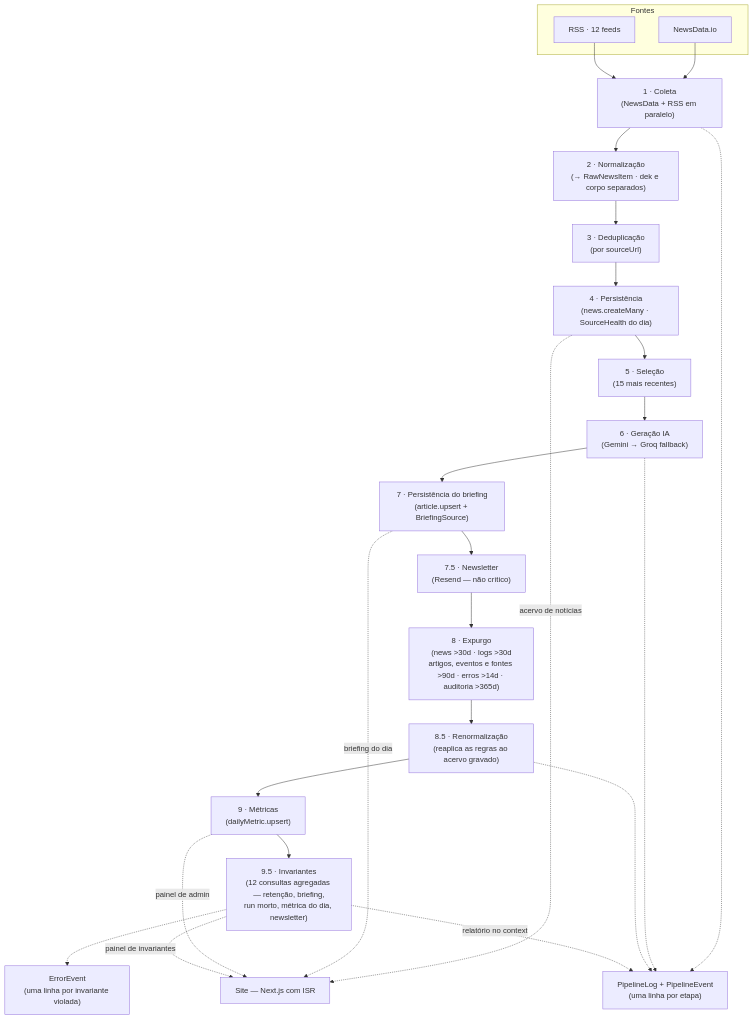
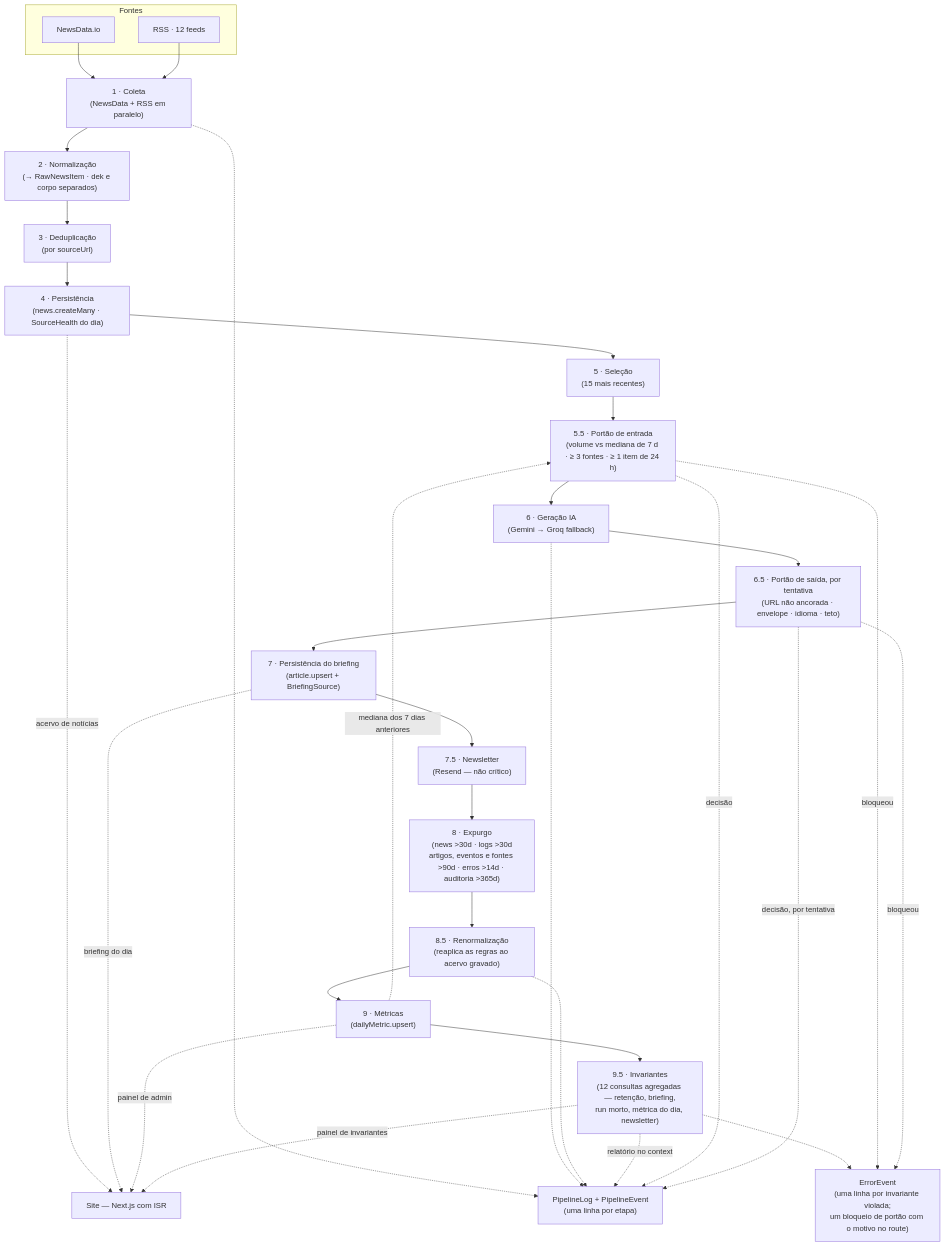
The diagram in docs/diagrams/data-flow.mermaid (tavinholoco/newra-news), drawn with Mermaid before and after one commit. The commit also changed 41 other files, not shown here.

```diff
--- a/docs/diagrams/data-flow.mermaid
+++ b/docs/diagrams/data-flow.mermaid
@@ -1,44 +1,54 @@
 %% Fluxo de Dados Diário — Pipeline de Notícias (Newra News)
 %% ---
-%% Atualizado em 16/09/2026. As 12 etapas do `pipeline.service.ts`, na ordem em
+%% Atualizado em 19/09/2026. As 14 etapas do `pipeline.service.ts`, na ordem em
 %% que rodam, e o que cada uma deixa gravado. A etapa 4 grava também a
 %% SourceHealth do dia (Fase 11 do plano de observabilidade), e a 8 a expurga.
 %% A 9.5 (Fase 6) não grava tabela nenhuma: o relatório é o `context` de um
-%% PipelineEvent, e cada violação é um ErrorEvent com o id da invariante.
+%% PipelineEvent, e cada violação é um ErrorEvent com o id da invariante. Os
+%% dois portões (5.5 e 6.5, Fase 9) também não gravam tabela: a decisão é um
+%% PipelineEvent, e o bloqueio é um ErrorEvent com o motivo no route.
 flowchart TB
     subgraph Coleta["Fontes"]
         ND["NewsData.io"]
         RSS["RSS · 12 feeds"]
     end
 
     S1["1 · Coleta<br/>(NewsData + RSS em paralelo)"]
     S2["2 · Normalização<br/>(→ RawNewsItem · dek e corpo separados)"]
     S3["3 · Deduplicação<br/>(por sourceUrl)"]
     S4["4 · Persistência<br/>(news.createMany · SourceHealth do dia)"]
     S5["5 · Seleção<br/>(15 mais recentes)"]
+    S55["5.5 · Portão de entrada<br/>(volume vs mediana de 7 d · ≥ 3 fontes · ≥ 1 item de 24 h)"]
     S6["6 · Geração IA<br/>(Gemini → Groq fallback)"]
+    S65["6.5 · Portão de saída, por tentativa<br/>(URL não ancorada · envelope · idioma · teto)"]
     S7["7 · Persistência do briefing<br/>(article.upsert + BriefingSource)"]
     S75["7.5 · Newsletter<br/>(Resend — não crítico)"]
     S8["8 · Expurgo<br/>(news >30d · logs >30d<br/>artigos, eventos e fontes >90d · erros >14d · auditoria >365d)"]
     S85["8.5 · Renormalização<br/>(reaplica as regras ao acervo gravado)"]
     S9["9 · Métricas<br/>(dailyMetric.upsert)"]
     S95["9.5 · Invariantes<br/>(12 consultas agregadas — retenção, briefing,<br/>run morto, métrica do dia, newsletter)"]
 
     ND --> S1
     RSS --> S1
-    S1 --> S2 --> S3 --> S4 --> S5 --> S6 --> S7 --> S75 --> S8 --> S85 --> S9 --> S95
+    S1 --> S2 --> S3 --> S4 --> S5 --> S55 --> S6 --> S65 --> S7 --> S75 --> S8 --> S85 --> S9 --> S95
+    S9 -.->|"mediana dos 7 dias anteriores"| S55
 
     SITE["Site — Next.js com ISR"]
     S4 -.->|"acervo de notícias"| SITE
     S7 -.->|"briefing do dia"| SITE
     S9 -.->|"painel de admin"| SITE
     S95 -.->|"painel de invariantes"| SITE
 
     LOG["PipelineLog + PipelineEvent<br/>(uma linha por etapa)"]
     S1 -.-> LOG
     S6 -.-> LOG
     S85 -.-> LOG
     S95 -.->|"relatório no context"| LOG
 
-    ERR["ErrorEvent<br/>(uma linha por invariante violada)"]
+    S55 -.->|"decisão"| LOG
+    S65 -.->|"decisão, por tentativa"| LOG
+
+    ERR["ErrorEvent<br/>(uma linha por invariante violada;<br/>um bloqueio de portão com o motivo no route)"]
     S95 -.-> ERR
+    S55 -.->|"bloqueou"| ERR
+    S65 -.->|"bloqueou"| ERR
```
